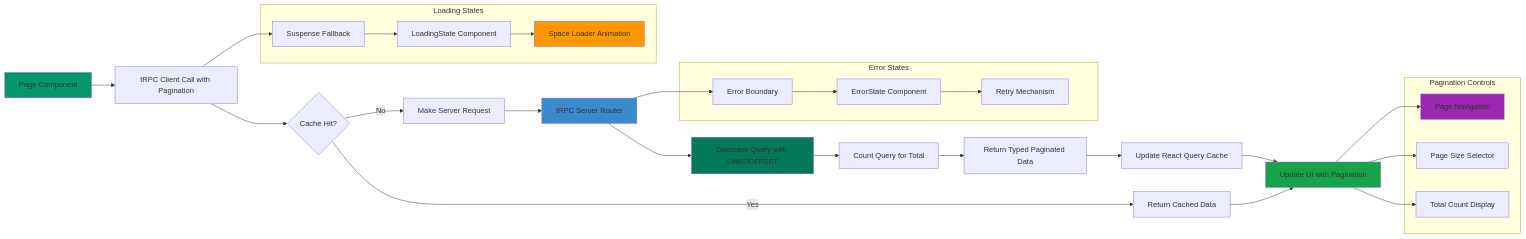
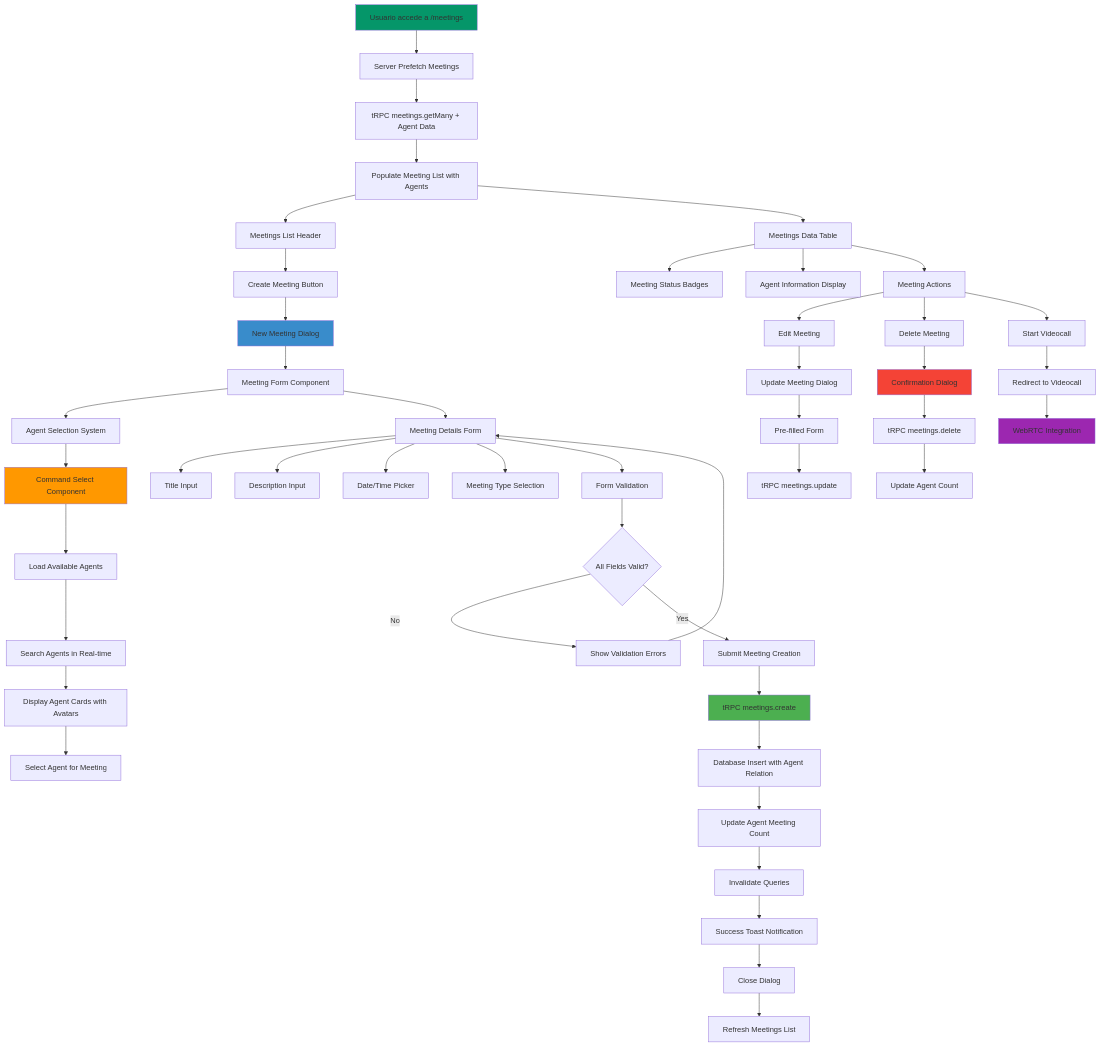
One commit to felipesanchez-dev/agentesia changed the third of 14 diagrams in README.md. Above: the diagram before and after it, drawn with Mermaid. The commit also changed other lines of this file, not shown here.

````diff
--- a/README.md
+++ b/README.md
@@ -259,55 +348,67 @@
 ```mermaid
-flowchart LR
-    A[Page Component] --> B[tRPC Client Call with Pagination]
-    B --> C{Cache Hit?}
+flowchart TD
+    A[Usuario accede a /meetings] --> B[Server Prefetch Meetings]
+    B --> C[tRPC meetings.getMany + Agent Data]
+    C --> D[Populate Meeting List with Agents]
 
-    C -->|Yes| D[Return Cached Data]
-    C -->|No| E[Make Server Request]
+    D --> E[Meetings List Header]
+    E --> F[Create Meeting Button]
+    F --> G[New Meeting Dialog]
 
-    E --> F[tRPC Server Router]
-    F --> G[Database Query with LIMIT/OFFSET]
-    G --> H[Count Query for Total]
-    H --> I[Return Typed Paginated Data]
+    G --> H[Meeting Form Component]
+    H --> I[Agent Selection System]
+    I --> J[Command Select Component]
 
-    I --> J[Update React Query Cache]
-    J --> K[Update UI with Pagination]
+    J --> K[Load Available Agents]
+    K --> L[Search Agents in Real-time]
+    L --> M[Display Agent Cards with Avatars]
+    M --> N[Select Agent for Meeting]
 
-    D --> K
+    H --> O[Meeting Details Form]
+    O --> P[Title Input]
+    O --> Q[Description Input]
+    O --> R[Date/Time Picker]
+    O --> S[Meeting Type Selection]
 
-    subgraph "Loading States"
-        L[Suspense Fallback]
-        M[LoadingState Component]
-        N[Space Loader Animation]
-    end
+    O --> T[Form Validation]
+    T --> U{All Fields Valid?}
+    U -->|No| V[Show Validation Errors]
+    U -->|Yes| W[Submit Meeting Creation]
 
-    subgraph "Error States"
-        O[Error Boundary]
-        P[ErrorState Component]
-        Q[Retry Mechanism]
-    end
+    W --> X[tRPC meetings.create]
+    X --> Y[Database Insert with Agent Relation]
+    Y --> Z[Update Agent Meeting Count]
+    Z --> AA[Invalidate Queries]
+    AA --> AB[Success Toast Notification]
+    AB --> AC[Close Dialog]
+    AC --> AD[Refresh Meetings List]
 
-    subgraph "Pagination Controls"
-        R[Page Navigation]
-        S[Page Size Selector]
-        T[Total Count Display]
-    end
+    D --> AE[Meetings Data Table]
+    AE --> AF[Meeting Status Badges]
+    AE --> AG[Agent Information Display]
+    AE --> AH[Meeting Actions]
 
-    B --> L
-    L --> M
-    M --> N
+    AH --> AI[Edit Meeting]
+    AH --> AJ[Delete Meeting]
+    AH --> AK[Start Videocall]
 
-    F --> O
-    O --> P
-    P --> Q
+    AI --> AL[Update Meeting Dialog]
+    AL --> AM[Pre-filled Form]
+    AM --> AN[tRPC meetings.update]
 
-    K --> R
-    K --> S
-    K --> T
+    AJ --> AO[Confirmation Dialog]
+    AO --> AP[tRPC meetings.delete]
+    AP --> AQ[Update Agent Count]
+
+    AK --> AR[Redirect to Videocall]
+    AR --> AS[WebRTC Integration] 
+
+    V --> O
 
     style A fill:#059669
-    style F fill:#398CCB
-    style G fill:#047857
-    style K fill:#16a34a
-    style N fill:#ff9800
-    style R fill:#9c27b0
+    style G fill:#398CCB
+    style J fill:#ff9800
+    style X fill:#4caf50
+    style AO fill:#f44336
+    style AS fill:#9c27b0
 ```
````
